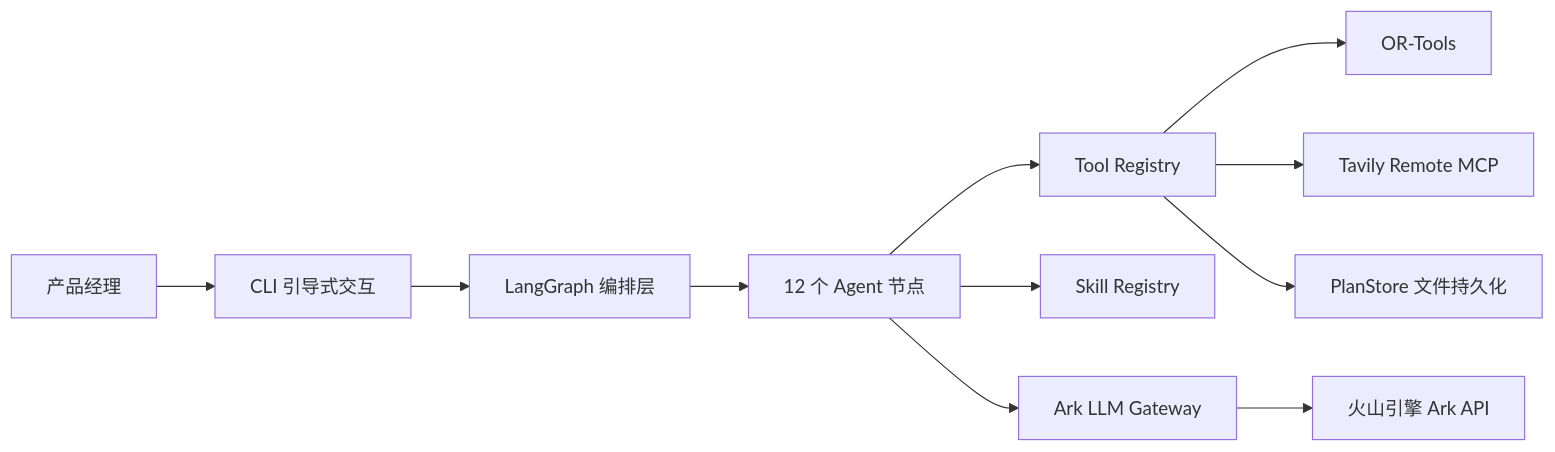
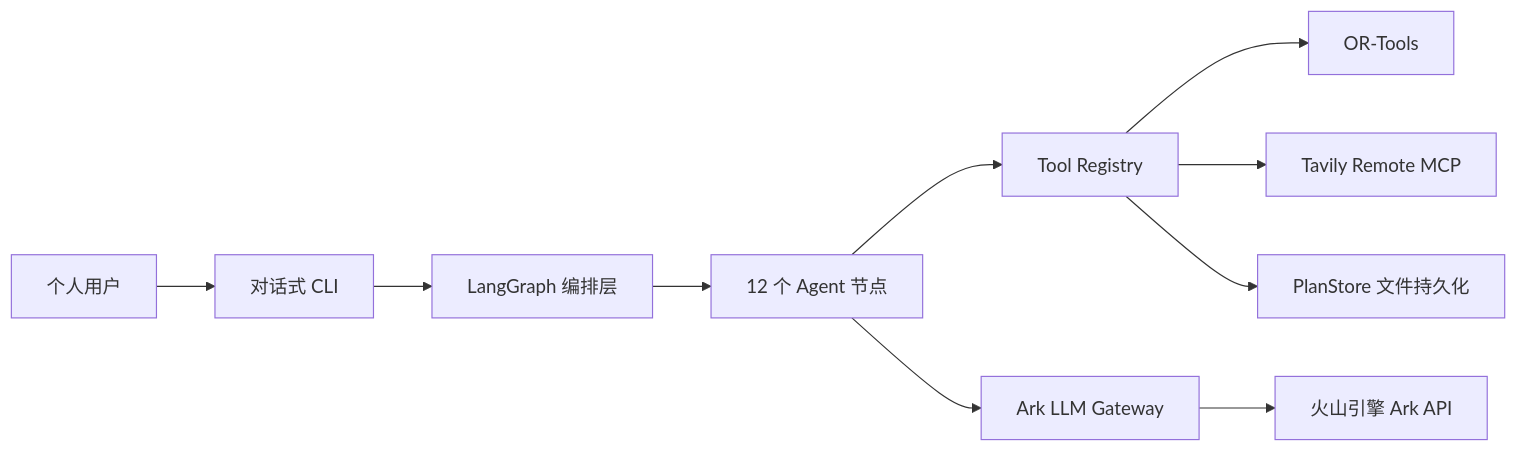
One commit to IsGodmini/muti-agents-projects changed the diagram in docs/02-系统架构设计.md. Above: the diagram before and after it, drawn with Mermaid. The commit also changed other lines of this file and 13 other files, not shown here.

````diff
--- a/docs/02-系统架构设计.md
+++ b/docs/02-系统架构设计.md
@@ -12,13 +12,12 @@
 ```mermaid
 flowchart LR
-    U["产品经理"] --> CLI["CLI 引导式交互"]
+    U["个人用户"] --> CLI["对话式 CLI"]
     CLI --> G["LangGraph 编排层"]
     G --> NODES["12 个 Agent 节点"]
     NODES --> TR["Tool Registry"]
-    NODES --> SR["Skill Registry"]
     NODES --> MG["Ark LLM Gateway"]
     TR --> OPT["OR-Tools"]
     TR --> MCP["Tavily Remote MCP"]
     TR --> PS["PlanStore 文件持久化"]
     MG --> ARK["火山引擎 Ark API"]
 ```
````
